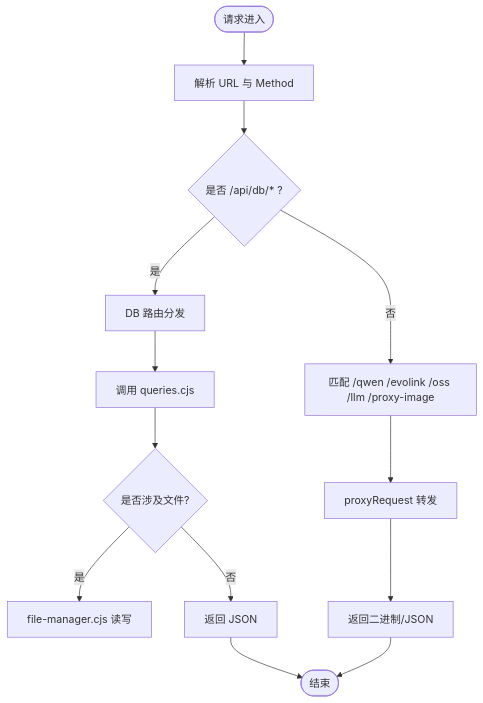
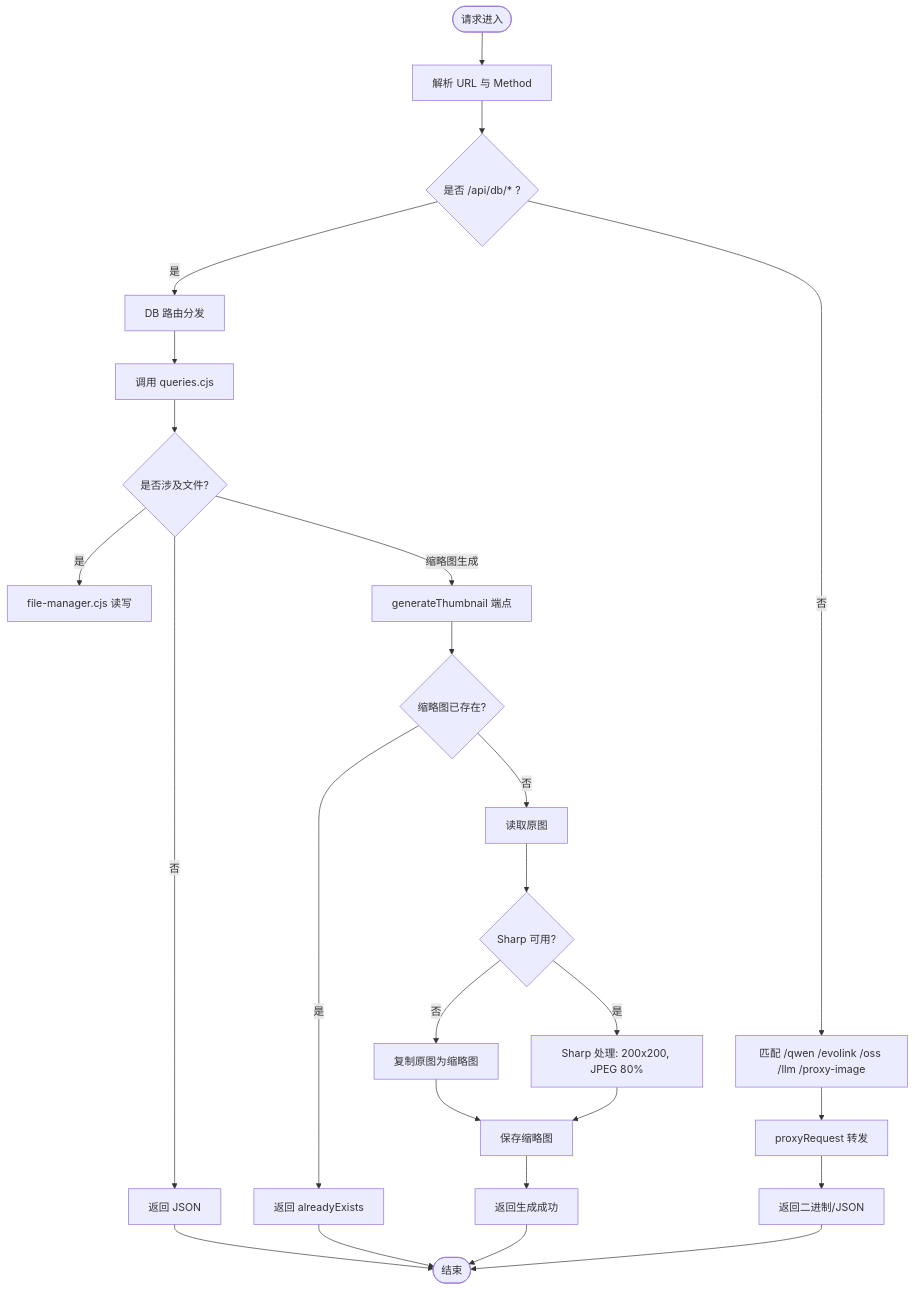
One commit to AlbusWei/AI-Image-Studio changed the third of 4 diagrams in .qoder/repowiki/zh/content/数据库层/HTTP 后端与 REST API.md. Above: the diagram before and after it, drawn with Mermaid. The commit also changed other lines of this file and 21 other files, not shown here.

````diff
--- a/.qoder/repowiki/zh/content/数据库层/HTTP 后端与 REST API.md
+++ b/.qoder/repowiki/zh/content/数据库层/HTTP 后端与 REST API.md
@@ -158,15 +178,27 @@
 ```mermaid
 flowchart TD
 Start(["请求进入"]) --> Parse["解析 URL 与 Method"]
 Parse --> MatchDB{"是否 /api/db/* ?"}
 MatchDB --> |是| DbRouter["DB 路由分发"]
 MatchDB --> |否| MatchPrefix["匹配 /qwen /evolink /oss /llm /proxy-image"]
 MatchPrefix --> Proxy["proxyRequest 转发"]
 DbRouter --> ExecQueries["调用 queries.cjs"]
 ExecQueries --> FileOps{"是否涉及文件?"}
 FileOps --> |是| FileManager["file-manager.cjs 读写"]
 FileOps --> |否| ReturnJson["返回 JSON"]
+FileOps --> |缩略图生成| ThumbGen["generateThumbnail 端点"]
+ThumbGen --> CheckExists{"缩略图已存在?"}
+CheckExists --> |是| ReturnAlready["返回 alreadyExists"]
+CheckExists --> |否| ReadOriginal["读取原图"]
+ReadOriginal --> CheckSharp{"Sharp 可用?"}
+CheckSharp --> |否| FallbackCopy["复制原图为缩略图"]
+CheckSharp --> |是| SharpProcess["Sharp 处理: 200x200, JPEG 80%"]
+FallbackCopy --> SaveThumb["保存缩略图"]
+SharpProcess --> SaveThumb
+SaveThumb --> ReturnSuccess["返回生成成功"]
 Proxy --> ReturnBinary["返回二进制/JSON"]
 ReturnJson --> End(["结束"])
 ReturnBinary --> End
+ReturnAlready --> End
+ReturnSuccess --> End
 ```
````
